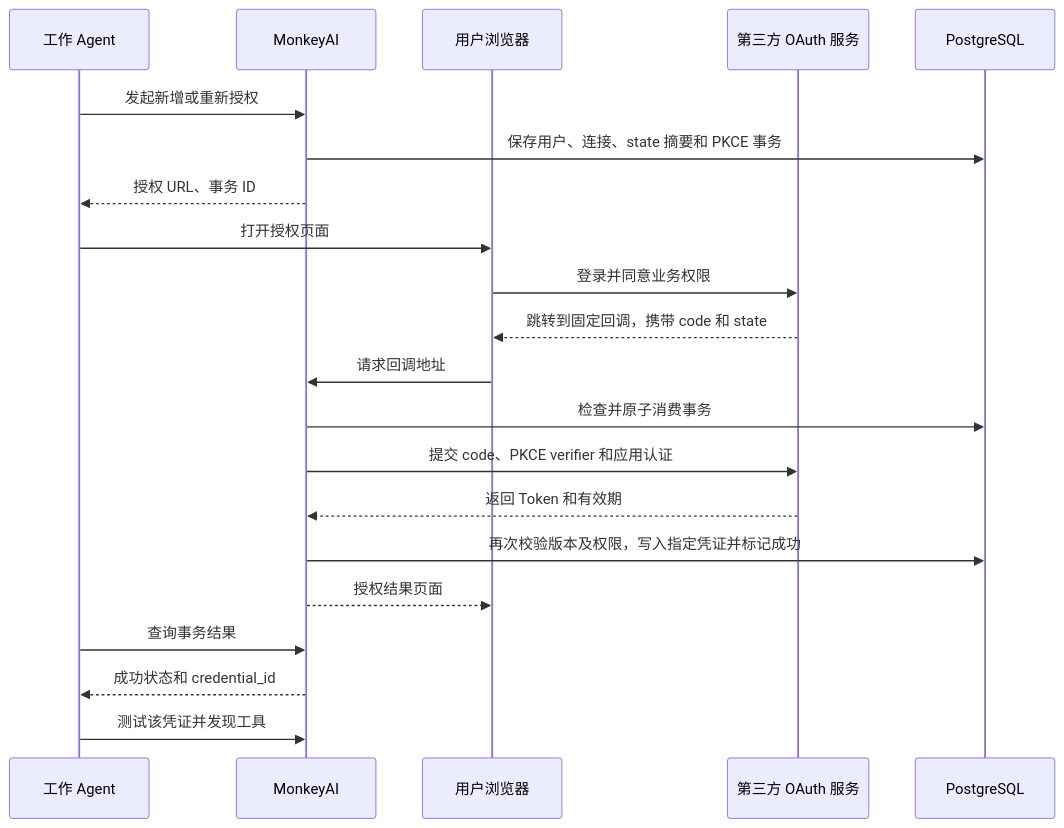
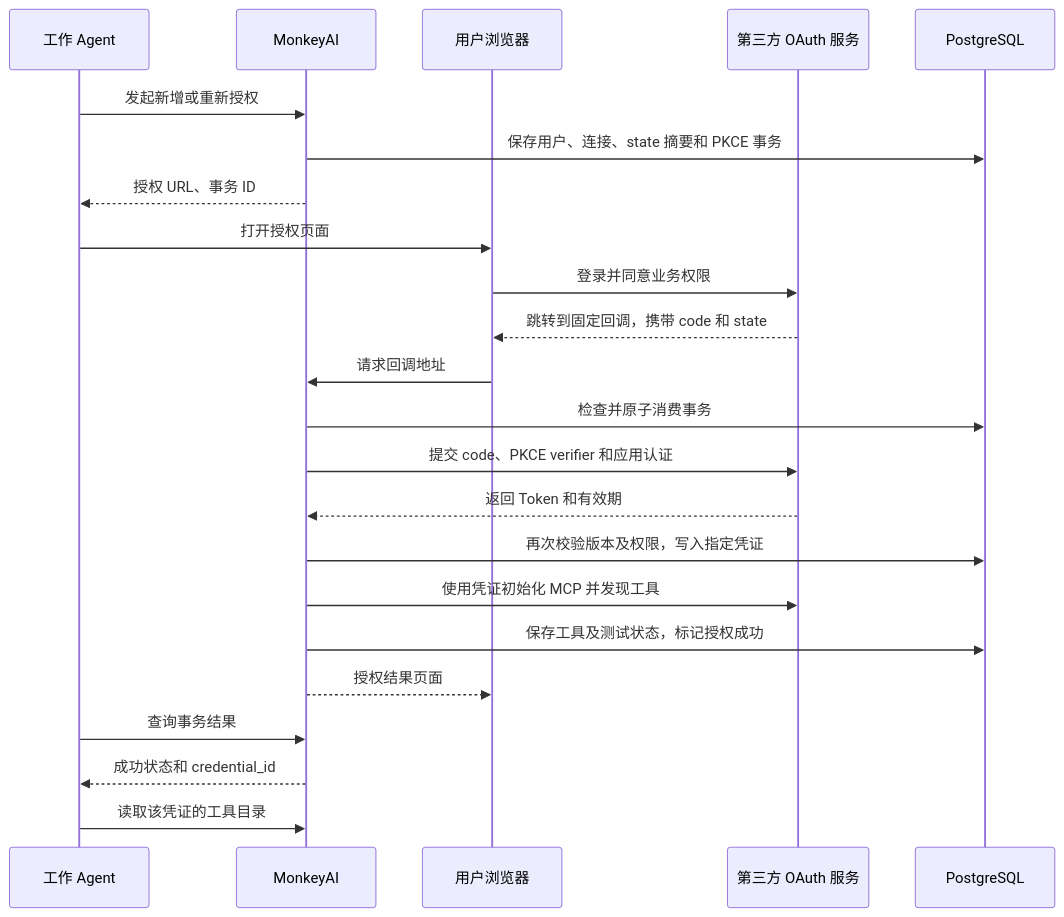
One commit to chaitin/MonkeyCode changed the second of 2 diagrams in monkeyai/design/connector-auth-design.md. Above: the diagram before and after it, drawn with Mermaid. The commit also changed other lines of this file and 12 other files, not shown here.

````diff
--- a/monkeyai/design/connector-auth-design.md
+++ b/monkeyai/design/connector-auth-design.md
@@ -294,23 +294,25 @@
 ```mermaid
 sequenceDiagram
     participant A as 工作 Agent
     participant M as MonkeyAI
     participant B as 用户浏览器
     participant O as 第三方 OAuth 服务
     participant D as PostgreSQL
     A->>M: 发起新增或重新授权
     M->>D: 保存用户、连接、state 摘要和 PKCE 事务
     M-->>A: 授权 URL、事务 ID
     A->>B: 打开授权页面
     B->>O: 登录并同意业务权限
     O-->>B: 跳转到固定回调，携带 code 和 state
     B->>M: 请求回调地址
     M->>D: 检查并原子消费事务
     M->>O: 提交 code、PKCE verifier 和应用认证
     O-->>M: 返回 Token 和有效期
-    M->>D: 再次校验版本及权限，写入指定凭证并标记成功
+    M->>D: 再次校验版本及权限，写入指定凭证
+    M->>O: 使用凭证初始化 MCP 并发现工具
+    M->>D: 保存工具及测试状态，标记授权成功
     M-->>B: 授权结果页面
     A->>M: 查询事务结果
     M-->>A: 成功状态和 credential_id
-    A->>M: 测试该凭证并发现工具
+    A->>M: 读取该凭证的工具目录
 ```
````
